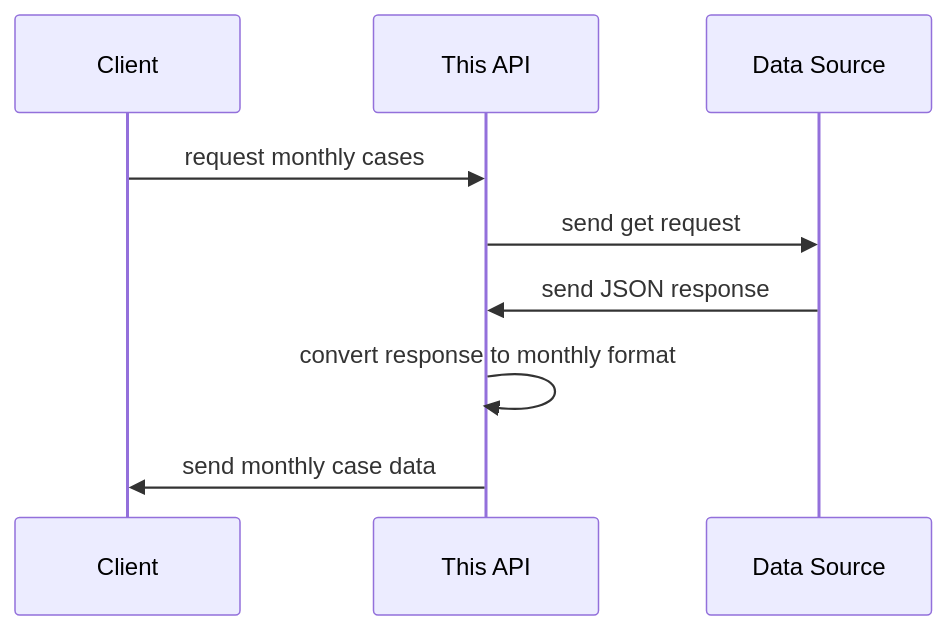
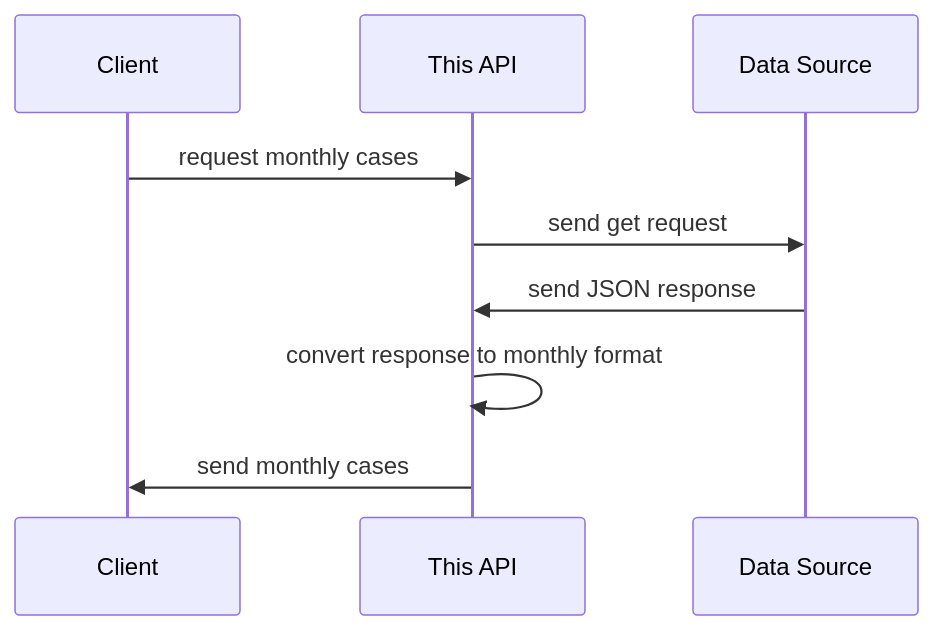
One commit to danilhendrasr/rust-covid-api changed the diagram in README.md. Above: the diagram before and after it, drawn with Mermaid.

````diff
--- a/README.md
+++ b/README.md
@@ -41,11 +41,11 @@
 ```mermaid
 sequenceDiagram
     participant Client
     participant This API
     participant Data Source
     Client->>This API: request monthly cases
     This API->>Data Source: send get request
     Data Source->>This API: send JSON response
     This API->>This API: convert response to monthly format
-    This API->>Client: send monthly case data
+    This API->>Client: send monthly cases
 ```
````
